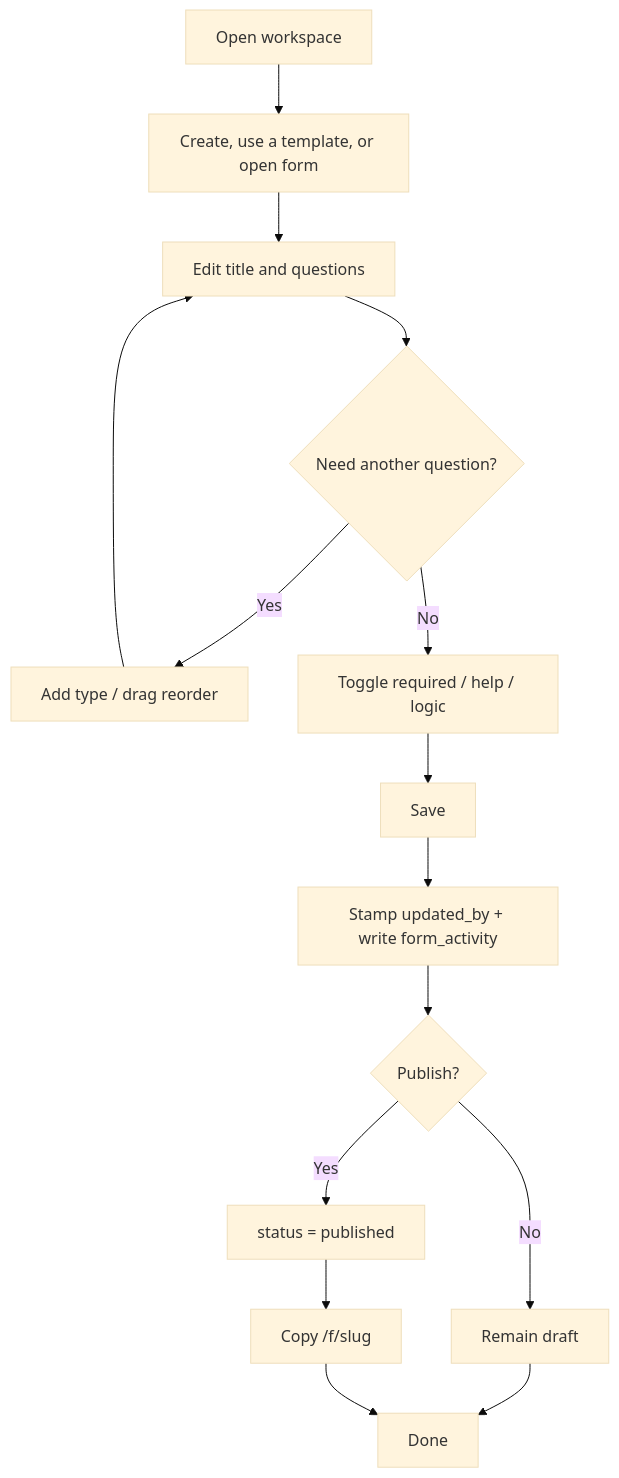
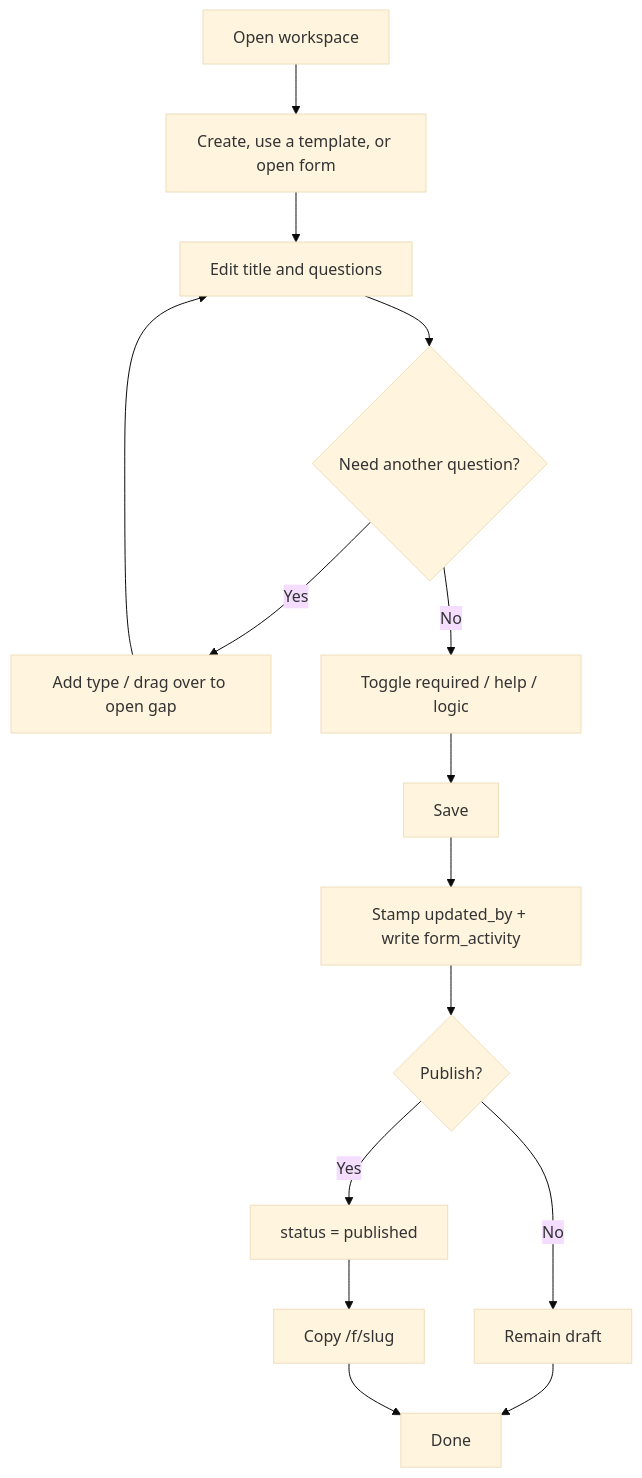
The second of 6 diagrams in docs/diagrams/activity.md (ruthwikkakumani/formly), drawn with Mermaid (base theme) before and after one commit. The commit also changed other lines of this file and 65 other files, not shown here.

````diff
--- a/docs/diagrams/activity.md
+++ b/docs/diagrams/activity.md
@@ -5,17 +19,17 @@
 ```mermaid
 flowchart TD
   A[Open workspace] --> B[Create, use a template, or open form]
   B --> C[Edit title and questions]
   C --> D{Need another question?}
-  D -->|Yes| E[Add type / drag reorder]
+  D -->|Yes| E[Add type / drag over to open gap]
   E --> C
   D -->|No| F[Toggle required / help / logic]
   F --> G[Save]
   G --> G2[Stamp updated_by + write form_activity]
   G2 --> H{Publish?}
   H -->|No| I[Remain draft]
   H -->|Yes| J[status = published]
   J --> K[Copy /f/slug]
   I --> L[Done]
   K --> L
 ```
````
